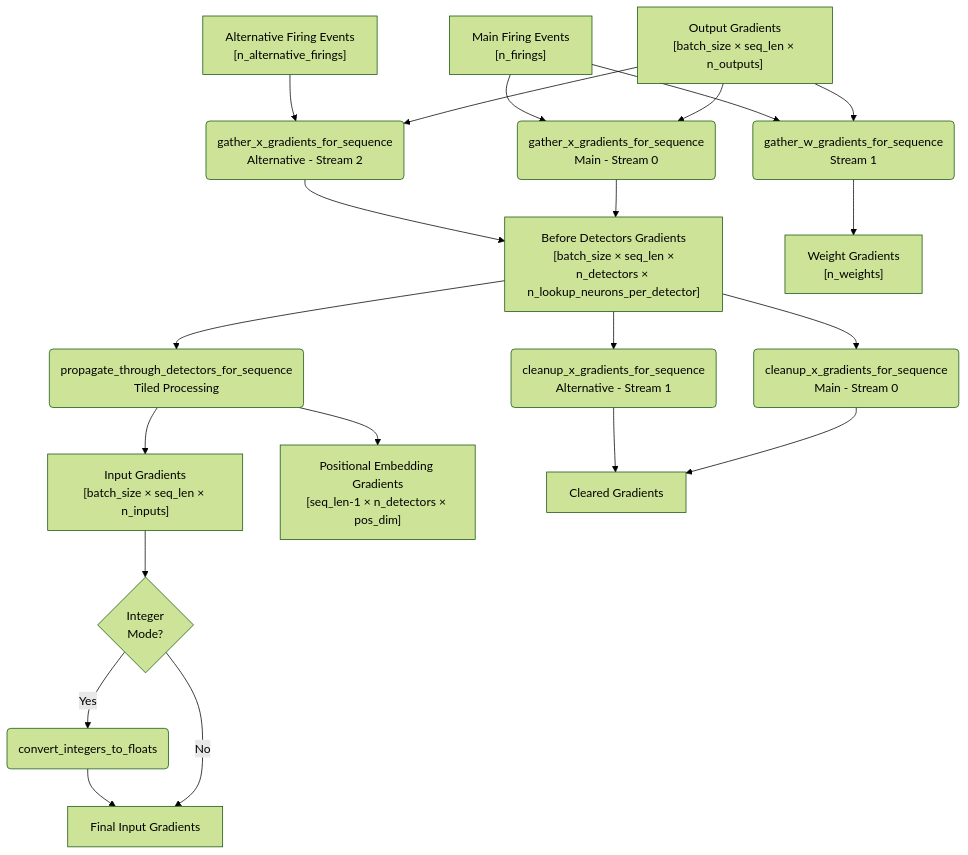
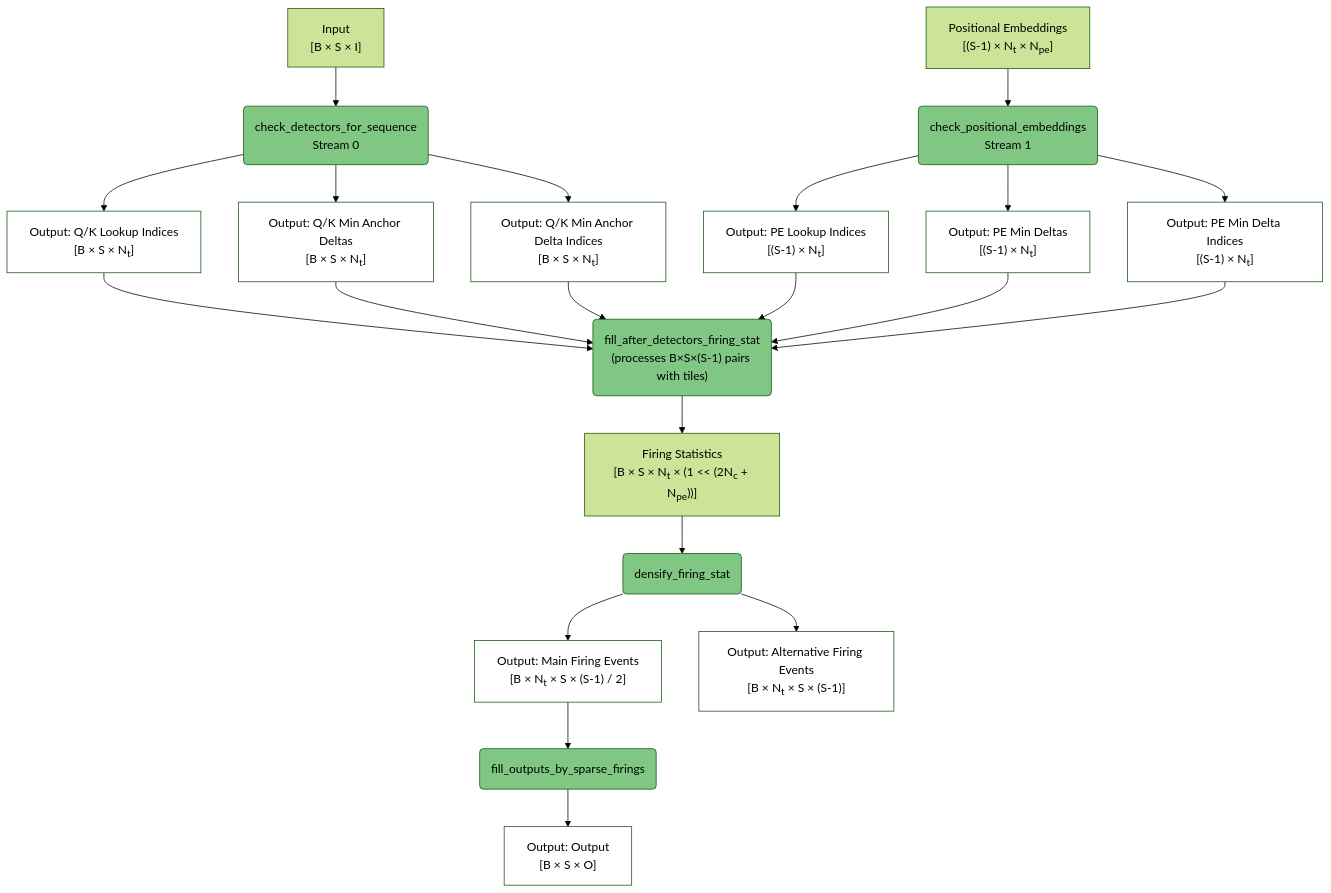
One commit to anatoli-starostin/spiky changed the fifth of 6 diagrams in spiky_cuda/lut/doc/LUT_RUNTIME_DATA_FLOW.md. Above: the diagram before and after it, drawn with Mermaid (forest theme). The commit also changed other lines of this file and 1 other file, not shown here.

````diff
--- a/spiky_cuda/lut/doc/LUT_RUNTIME_DATA_FLOW.md
+++ b/spiky_cuda/lut/doc/LUT_RUNTIME_DATA_FLOW.md
@@ -138,30 +102,46 @@
 ```mermaid
 flowchart TD
-    A["Output Gradients<br/>[batch_size × seq_len × n_outputs]"] --> B("gather_x_gradients_for_sequence<br/>Main - Stream 0")
-    A --> C("gather_w_gradients_for_sequence<br/>Stream 1")
-    A --> D("gather_x_gradients_for_sequence<br/>Alternative - Stream 2")
+    A["Input<br/>[B × S × I]"] --> B("check_detectors_for_sequence<br/>Stream 0")
+    C["Positional Embeddings<br/>[(S-1) × N<sub>t</sub> × N<sub>pe</sub>]"] --> D("check_positional_embeddings<br/>Stream 1")
     
-    E["Main Firing Events<br/>[n_firings]"] --> B
-    E --> C
-    F["Alternative Firing Events<br/>[n_alternative_firings]"] --> D
+    B --> E["Output: Q/K Lookup Indices<br/>[B × S × N<sub>t</sub>]"]
+    B --> F["Output: Q/K Min Anchor Deltas<br/>[B × S × N<sub>t</sub>]"]
+    B --> G["Output: Q/K Min Anchor Delta Indices<br/>[B × S × N<sub>t</sub>]"]
     
-    B --> G["Before Detectors Gradients<br/>[batch_size × seq_len ×<br/>n_detectors × n_lookup_neurons_per_detector]"]
-    C --> H["Weight Gradients<br/>[n_weights]"]
-    D --> G
+    D --> H["Output: PE Lookup Indices<br/>[(S-1) × N<sub>t</sub>]"]
+    D --> I["Output: PE Min Deltas<br/>[(S-1) × N<sub>t</sub>]"]
+    D --> J["Output: PE Min Delta Indices<br/>[(S-1) × N<sub>t</sub>]"]
     
-    G --> I("propagate_through_detectors_for_sequence<br/>Tiled Processing")
+    E --> K("fill_after_detectors_firing_stat<br/>(processes B×S×(S-1) pairs with tiles)")
+    F --> K
+    G --> K
+    H --> K
+    I --> K
+    J --> K
     
-    I --> J["Input Gradients<br/>[batch_size × seq_len × n_inputs]"]
-    I --> K["Positional Embedding Gradients<br/>[seq_len-1 × n_detectors × pos_dim]"]
+    K --> L["Firing Statistics<br/>[B × S × N<sub>t</sub> × (1 << (2N<sub>c</sub> + N<sub>pe</sub>))]"]
     
-    G --> L("cleanup_x_gradients_for_sequence<br/>Main - Stream 0")
-    G --> M("cleanup_x_gradients_for_sequence<br/>Alternative - Stream 1")
+    L --> M(densify_firing_stat)
     
-    L --> N[Cleared Gradients]
-    M --> N
+    M --> N["Output: Main Firing Events<br/>[B × N<sub>t</sub> × S × (S-1) / 2]"]
+    M --> O["Output: Alternative Firing Events<br/>[B × N<sub>t</sub> × S × (S-1)]"]
     
-    J --> O{Integer<br/>Mode?}
-    O -->|Yes| P(convert_integers_to_floats)
-    O -->|No| Q[Final Input Gradients]
-    P --> Q
+    N --> P(fill_outputs_by_sparse_firings)
+    
+    P --> Q["Output: Output<br/>[B × S × O]"]
+    
+    style B fill:#81c784,color:#000000
+    style D fill:#81c784,color:#000000
+    style K fill:#81c784,color:#000000
+    style M fill:#81c784,color:#000000
+    style P fill:#81c784,color:#000000
+    style E fill:#ffffff,color:#000000
+    style F fill:#ffffff,color:#000000
+    style G fill:#ffffff,color:#000000
+    style H fill:#ffffff,color:#000000
+    style I fill:#ffffff,color:#000000
+    style J fill:#ffffff,color:#000000
+    style N fill:#ffffff,color:#000000
+    style O fill:#ffffff,color:#000000
+    style Q fill:#ffffff,color:#000000
 ```
````
